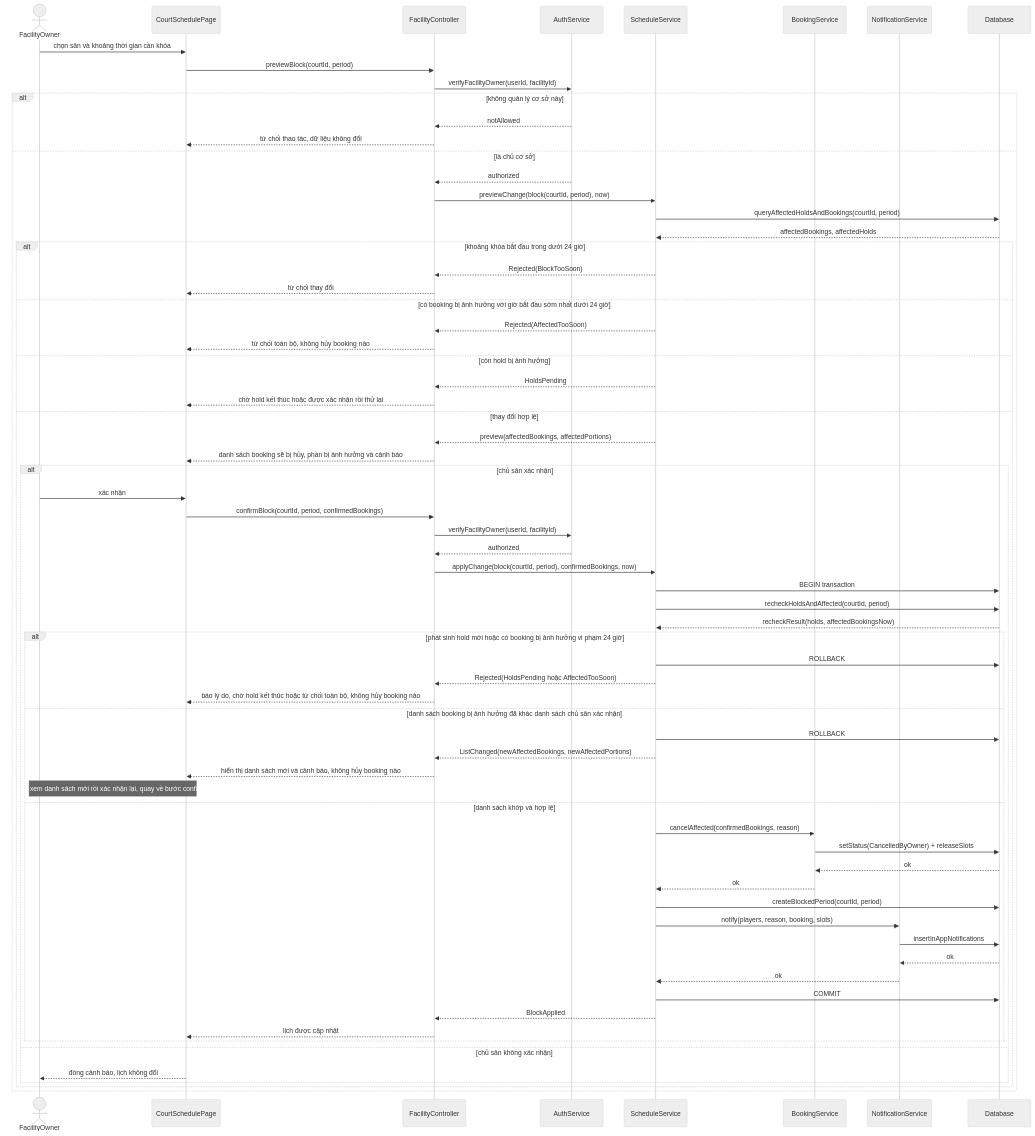
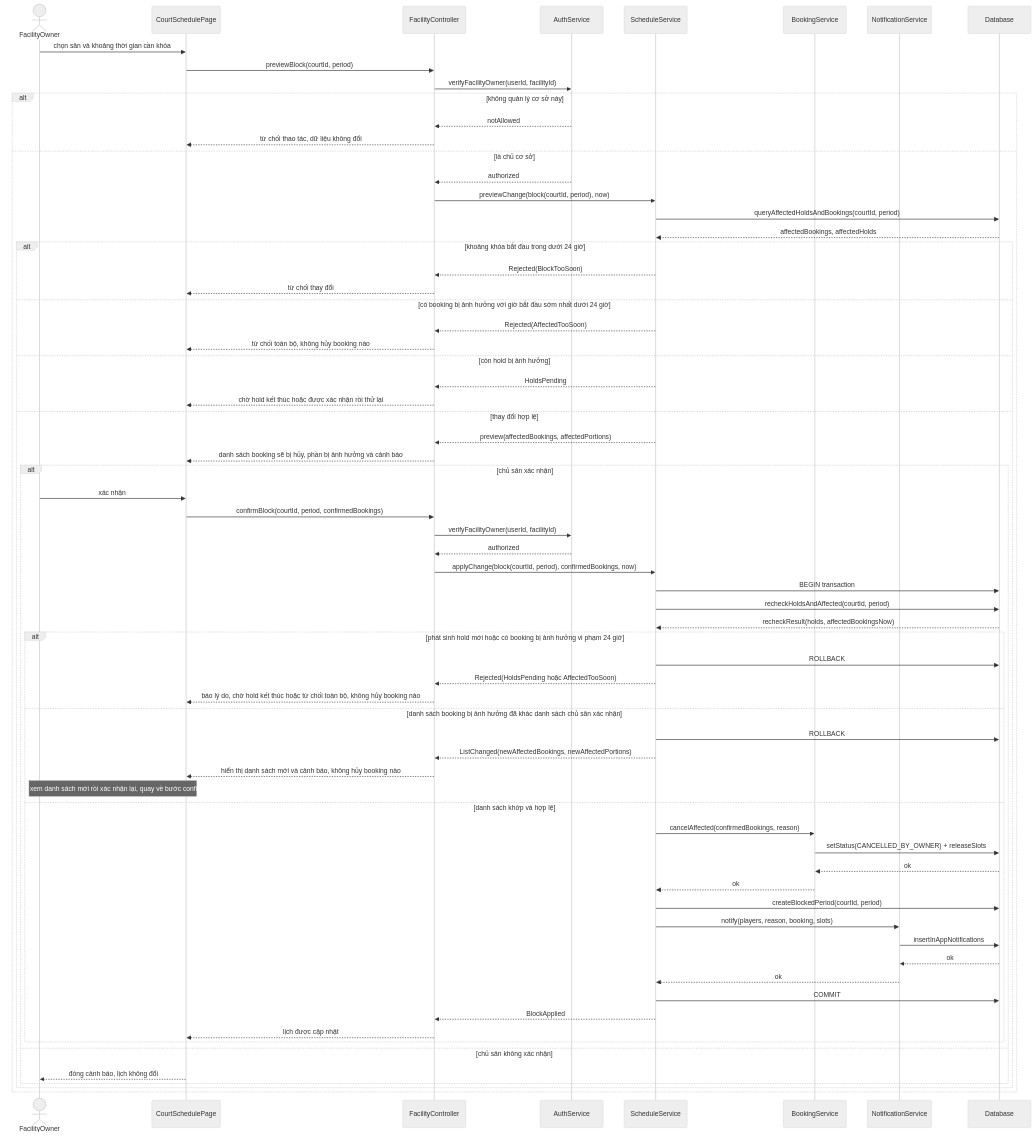
Before and after one commit to buikhoa130406/se-project-t04: the fifth of 6 diagrams in docs/design/sequences/sequence-diagrams.md, drawn with Mermaid (neutral theme). The commit also changed other lines of this file and 5 other files, not shown here.

````diff
--- a/docs/design/sequences/sequence-diagrams.md
+++ b/docs/design/sequences/sequence-diagrams.md
@@ -256,76 +265,76 @@
 ```mermaid
 sequenceDiagram
     actor FacilityOwner
     participant CourtSchedulePage
     participant FacilityController
     participant AuthService
     participant ScheduleService
     participant BookingService
     participant NotificationService
     participant Database
 
     FacilityOwner->>CourtSchedulePage: chọn sân và khoảng thời gian cần khóa
     CourtSchedulePage->>FacilityController: previewBlock(courtId, period)
     FacilityController->>AuthService: verifyFacilityOwner(userId, facilityId)
 
     alt không quản lý cơ sở này
         AuthService-->>FacilityController: notAllowed
         FacilityController-->>CourtSchedulePage: từ chối thao tác, dữ liệu không đổi
     else là chủ cơ sở
         AuthService-->>FacilityController: authorized
         FacilityController->>ScheduleService: previewChange(block(courtId, period), now)
         ScheduleService->>Database: queryAffectedHoldsAndBookings(courtId, period)
         Database-->>ScheduleService: affectedBookings, affectedHolds
 
         alt khoảng khóa bắt đầu trong dưới 24 giờ
             ScheduleService-->>FacilityController: Rejected(BlockTooSoon)
             FacilityController-->>CourtSchedulePage: từ chối thay đổi
         else có booking bị ảnh hưởng với giờ bắt đầu sớm nhất dưới 24 giờ
             ScheduleService-->>FacilityController: Rejected(AffectedTooSoon)
             FacilityController-->>CourtSchedulePage: từ chối toàn bộ, không hủy booking nào
         else còn hold bị ảnh hưởng
             ScheduleService-->>FacilityController: HoldsPending
             FacilityController-->>CourtSchedulePage: chờ hold kết thúc hoặc được xác nhận rồi thử lại
         else thay đổi hợp lệ
             ScheduleService-->>FacilityController: preview(affectedBookings, affectedPortions)
             FacilityController-->>CourtSchedulePage: danh sách booking sẽ bị hủy, phần bị ảnh hưởng và cảnh báo
 
             alt chủ sân xác nhận
                 FacilityOwner->>CourtSchedulePage: xác nhận
                 CourtSchedulePage->>FacilityController: confirmBlock(courtId, period, confirmedBookings)
                 FacilityController->>AuthService: verifyFacilityOwner(userId, facilityId)
                 AuthService-->>FacilityController: authorized
                 FacilityController->>ScheduleService: applyChange(block(courtId, period), confirmedBookings, now)
                 ScheduleService->>Database: BEGIN transaction
                 ScheduleService->>Database: recheckHoldsAndAffected(courtId, period)
                 Database-->>ScheduleService: recheckResult(holds, affectedBookingsNow)
 
                 alt phát sinh hold mới hoặc có booking bị ảnh hưởng vi phạm 24 giờ
                     ScheduleService->>Database: ROLLBACK
                     ScheduleService-->>FacilityController: Rejected(HoldsPending hoặc AffectedTooSoon)
                     FacilityController-->>CourtSchedulePage: báo lý do, chờ hold kết thúc hoặc từ chối toàn bộ, không hủy booking nào
                 else danh sách booking bị ảnh hưởng đã khác danh sách chủ sân xác nhận
                     ScheduleService->>Database: ROLLBACK
                     ScheduleService-->>FacilityController: ListChanged(newAffectedBookings, newAffectedPortions)
                     FacilityController-->>CourtSchedulePage: hiển thị danh sách mới và cảnh báo, không hủy booking nào
                     Note over FacilityOwner,CourtSchedulePage: chủ sân xem danh sách mới rồi xác nhận lại, quay về bước confirmBlock
                 else danh sách khớp và hợp lệ
                     ScheduleService->>BookingService: cancelAffected(confirmedBookings, reason)
-                    BookingService->>Database: setStatus(CancelledByOwner) + releaseSlots
+                    BookingService->>Database: setStatus(CANCELLED_BY_OWNER) + releaseSlots
                     Database-->>BookingService: ok
                     BookingService-->>ScheduleService: ok
                     ScheduleService->>Database: createBlockedPeriod(courtId, period)
                     ScheduleService->>NotificationService: notify(players, reason, booking, slots)
                     NotificationService->>Database: insertInAppNotifications
                     Database-->>NotificationService: ok
                     NotificationService-->>ScheduleService: ok
                     ScheduleService->>Database: COMMIT
                     ScheduleService-->>FacilityController: BlockApplied
                     FacilityController-->>CourtSchedulePage: lịch được cập nhật
                 end
             else chủ sân không xác nhận
                 CourtSchedulePage-->>FacilityOwner: đóng cảnh báo, lịch không đổi
             end
         end
     end
 ```
````
